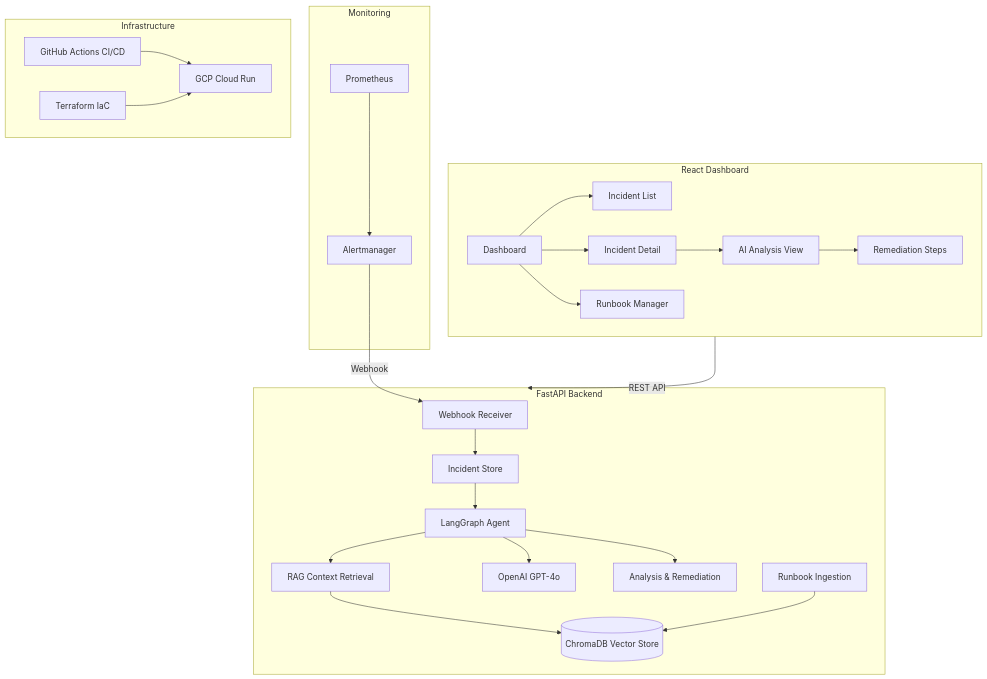
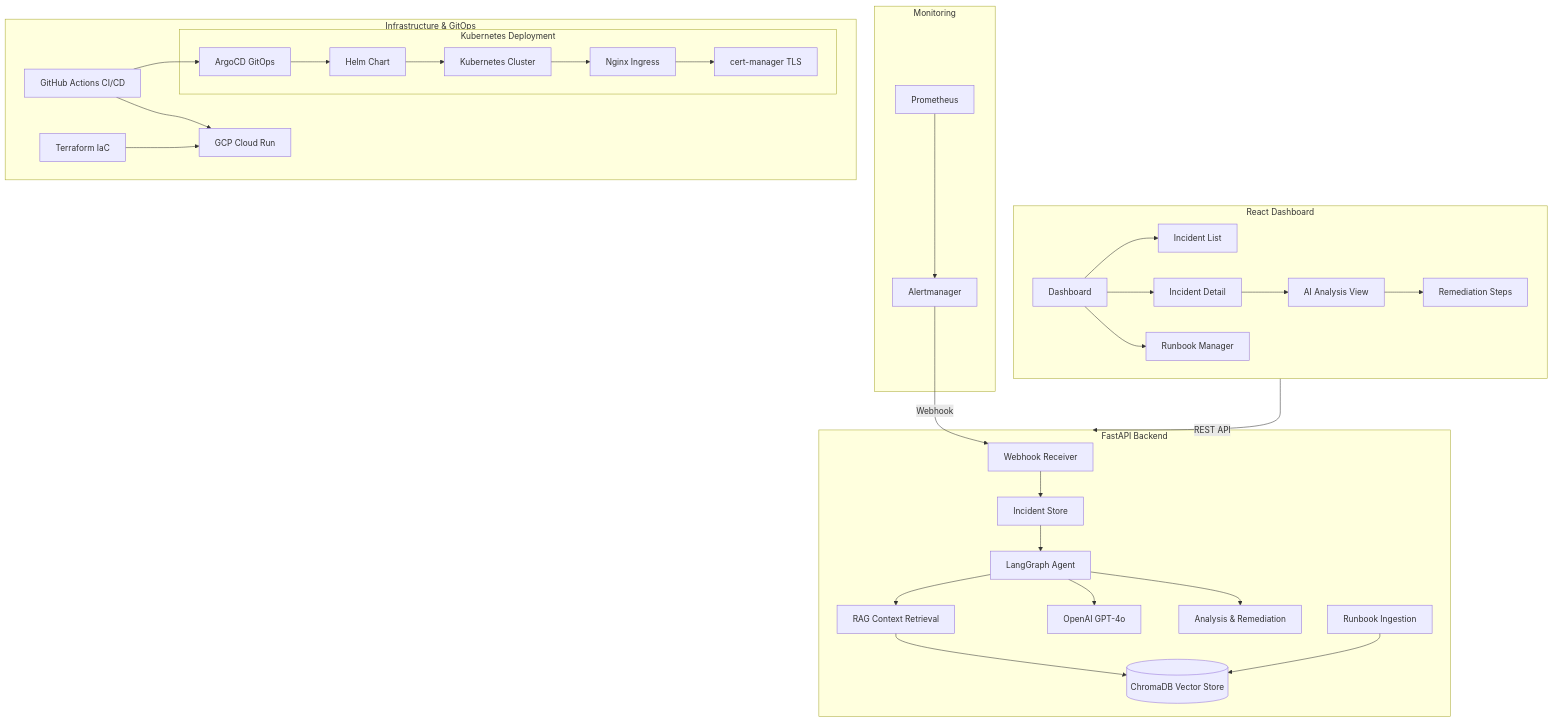
The diagram in README.md (MohamedGouda99/ai-incident-responder), drawn with Mermaid before and after one commit. The commit also changed other lines of this file, not shown here.

Commit message:
Update README with Kubernetes, Helm, and ArgoCD documentation

````diff
--- a/README.md
+++ b/README.md
@@ -7,35 +7,44 @@
 ```mermaid
 graph TB
     subgraph Monitoring
         PM[Prometheus] --> AM[Alertmanager]
     end
 
     subgraph Backend [FastAPI Backend]
         WH[Webhook Receiver] --> IS[Incident Store]
         IS --> AG[LangGraph Agent]
         AG --> RC[RAG Context Retrieval]
         RC --> CV[(ChromaDB Vector Store)]
         AG --> LLM[OpenAI GPT-4o]
         AG --> AN[Analysis & Remediation]
         RB[Runbook Ingestion] --> CV
     end
 
     subgraph Frontend [React Dashboard]
         DB[Dashboard] --> IL[Incident List]
         DB --> ID[Incident Detail]
         DB --> RM[Runbook Manager]
         ID --> AA[AI Analysis View]
         AA --> RS[Remediation Steps]
     end
 
     AM -->|Webhook| WH
     Frontend -->|REST API| Backend
 
-    subgraph Infrastructure
+    subgraph Infrastructure [Infrastructure & GitOps]
         GH[GitHub Actions CI/CD]
         TF[Terraform IaC]
         CR[GCP Cloud Run]
         GH --> CR
+
+        subgraph Kubernetes [Kubernetes Deployment]
+            HLM[Helm Chart] --> K8S[Kubernetes Cluster]
+            ARGO[ArgoCD GitOps] --> HLM
+            K8S --> ING[Nginx Ingress]
+            ING --> CM[cert-manager TLS]
+        end
+
         TF --> CR
+        GH --> ARGO
     end
 ```
````
